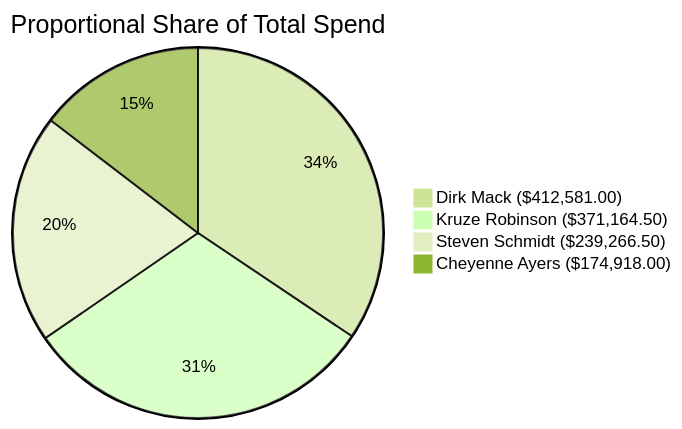
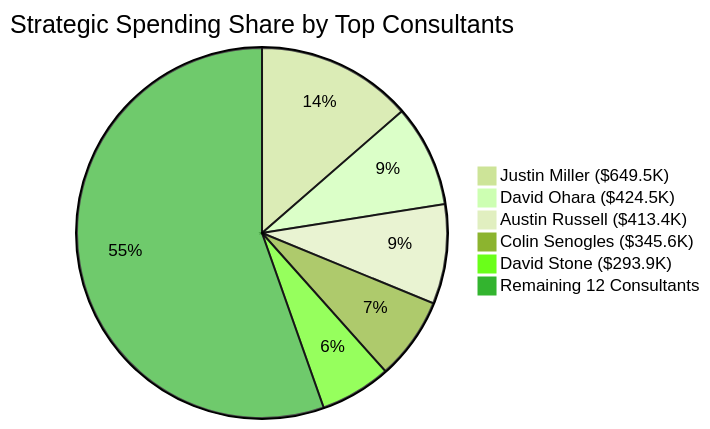
Before and after one commit to rcpsolutions-net/markdown-docs: the first of 2 diagrams in consulantSpendingReport.md, drawn with Mermaid (forest theme). The commit also changed other lines of this file, not shown here.

First line of the commit message:
Enhance consultant spending report with data processing

````diff
--- a/consulantSpendingReport.md
+++ b/consulantSpendingReport.md
@@ -22,7 +576,10 @@
 ```mermaid
-pie title Proportional Share of Total Spend
-    "Dirk Mack ($412,581.00)" : 34.4
-    "Kruze Robinson ($371,164.50)" : 31.0
-    "Steven Schmidt ($239,266.50)" : 20.0
-    "Cheyenne Ayers ($174,918.00)" : 14.6
+pie title Strategic Spending Share by Top Consultants
+    "Justin Miller ($649.5K)" : 13.6
+    "David Ohara ($424.5K)" : 8.9
+    "Austin Russell ($413.4K)" : 8.7
+    "Colin Senogles ($345.6K)" : 7.2
+    "David Stone ($293.9K)" : 6.2
+    "Remaining 12 Consultants" : 55.4
+
 ```
````
